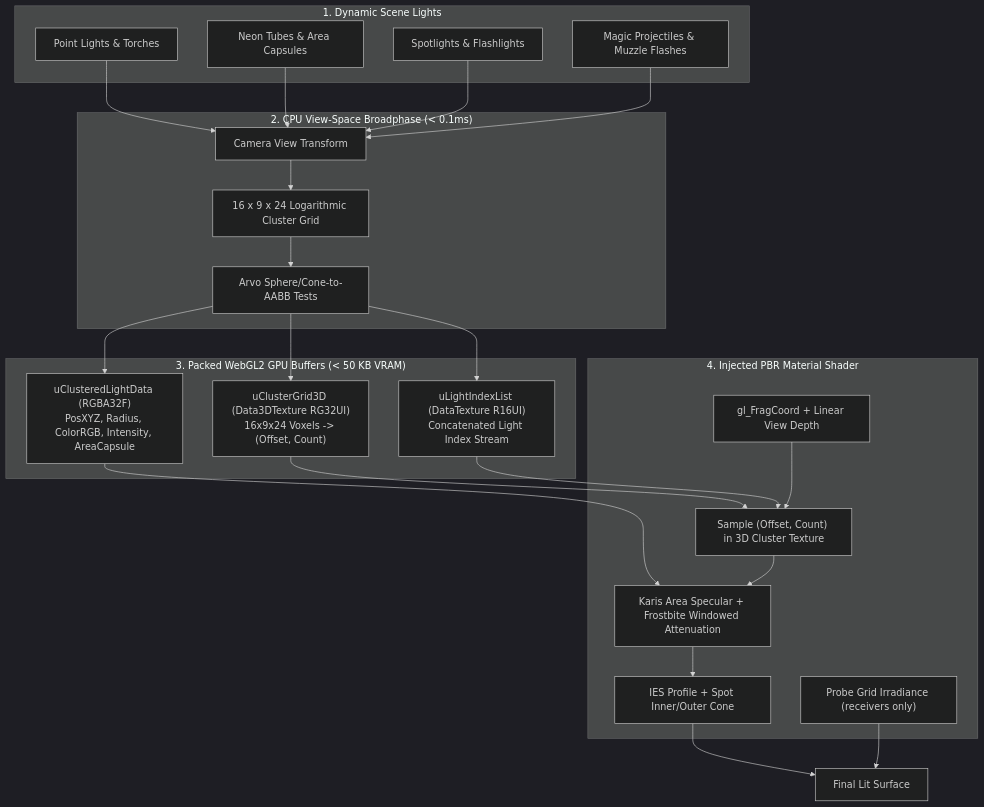
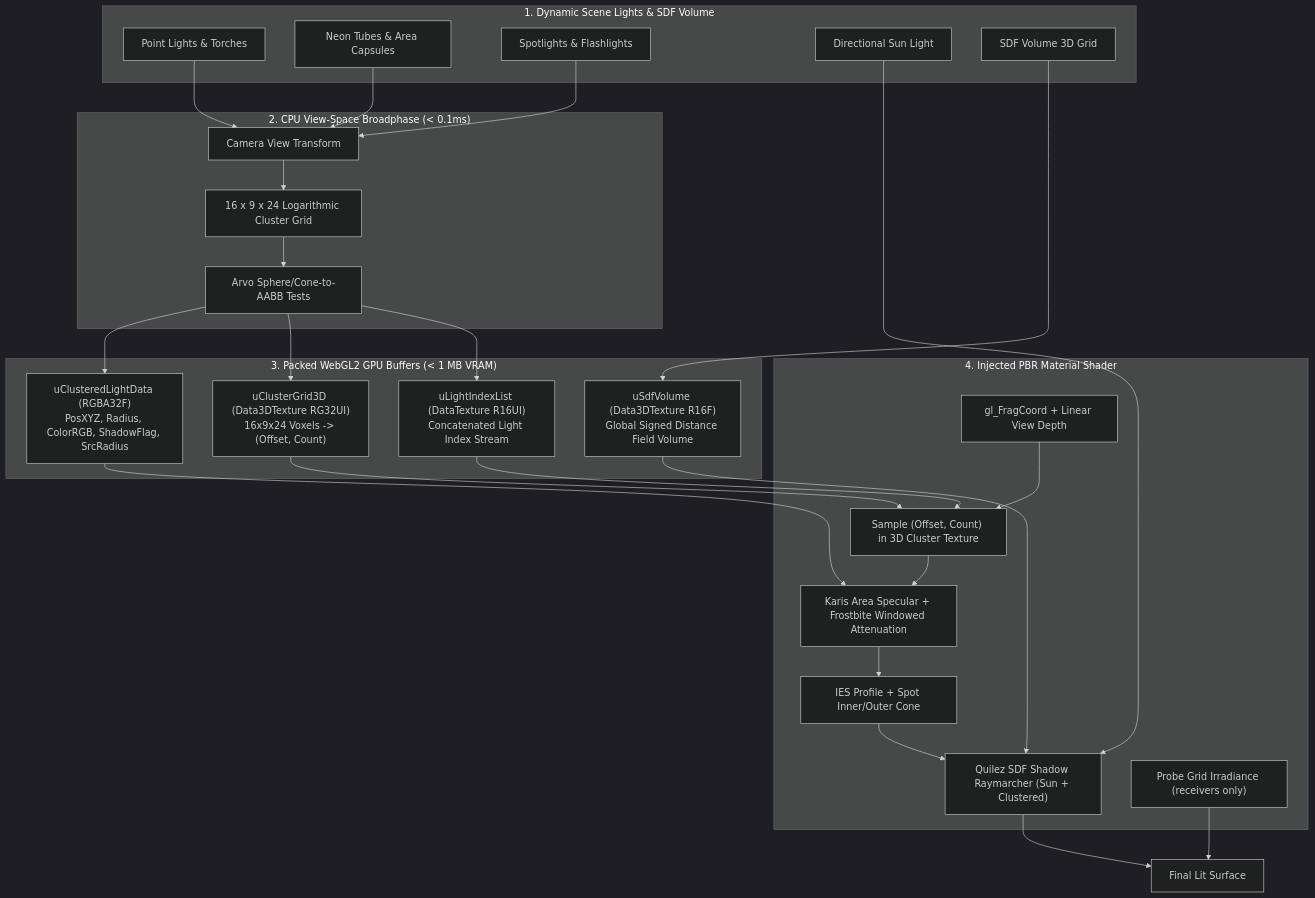
Before and after one commit to Twillion/GDevelop_Extensions: the diagram in AdvancedLighting3D/README.md, drawn with Mermaid (dark theme). The commit also changed other lines of this file and 421 other files, not shown here.

````diff
--- a/AdvancedLighting3D/README.md
+++ b/AdvancedLighting3D/README.md
@@ -44,48 +50,54 @@
 ```mermaid
 flowchart TD
-    subgraph "1. Dynamic Scene Lights"
+    subgraph "1. Dynamic Scene Lights & SDF Volume"
         L1["Point Lights & Torches"]
         L2["Neon Tubes & Area Capsules"]
         L3["Spotlights & Flashlights"]
-        L4["Magic Projectiles & Muzzle Flashes"]
+        L4["Directional Sun Light"]
+        SDFVol["SDF Volume 3D Grid"]
     end
 
     subgraph "2. CPU View-Space Broadphase (< 0.1ms)"
         Cam["Camera View Transform"]
         Frustum["16 x 9 x 24 Logarithmic Cluster Grid"]
         Arvo["Arvo Sphere/Cone-to-AABB Tests"]
     end
 
-    subgraph "3. Packed WebGL2 GPU Buffers (< 50 KB VRAM)"
-        TexLight["uClusteredLightData (RGBA32F)<br/>PosXYZ, Radius, ColorRGB, Intensity, AreaCapsule"]
+    subgraph "3. Packed WebGL2 GPU Buffers (< 1 MB VRAM)"
+        TexLight["uClusteredLightData (RGBA32F)<br/>PosXYZ, Radius, ColorRGB, ShadowFlag, SrcRadius"]
         Tex3D["uClusterGrid3D (Data3DTexture RG32UI)<br/>16x9x24 Voxels -> (Offset, Count)"]
         TexIdx["uLightIndexList (DataTexture R16UI)<br/>Concatenated Light Index Stream"]
+        TexSDF["uSdfVolume (Data3DTexture R16F)<br/>Global Signed Distance Field Volume"]
     end
 
     subgraph "4. Injected PBR Material Shader"
         Frag["gl_FragCoord + Linear View Depth"]
         Lookup["Sample (Offset, Count) in 3D Cluster Texture"]
         Karis["Karis Area Specular + Frostbite Windowed Attenuation"]
         Shape["IES Profile + Spot Inner/Outer Cone"]
+        Raymarch["Quilez SDF Shadow Raymarcher (Sun + Clustered)"]
         Probe["Probe Grid Irradiance (receivers only)"]
     end
 
     L1 --> Cam
     L2 --> Cam
     L3 --> Cam
-    L4 --> Cam
     Cam --> Frustum
     Frustum --> Arvo
     Arvo --> TexLight
     Arvo --> Tex3D
     Arvo --> TexIdx
+    SDFVol --> TexSDF
 
     TexLight --> Karis
     Tex3D --> Lookup
     TexIdx --> Lookup
     Frag --> Lookup
     Lookup --> Karis
     Karis --> Shape
-    Shape --> FinalLit["Final Lit Surface"]
+    TexSDF --> Raymarch
+    L4 --> Raymarch
+    Shape --> Raymarch
+    Raymarch --> FinalLit["Final Lit Surface"]
     Probe --> FinalLit
 ```
````
